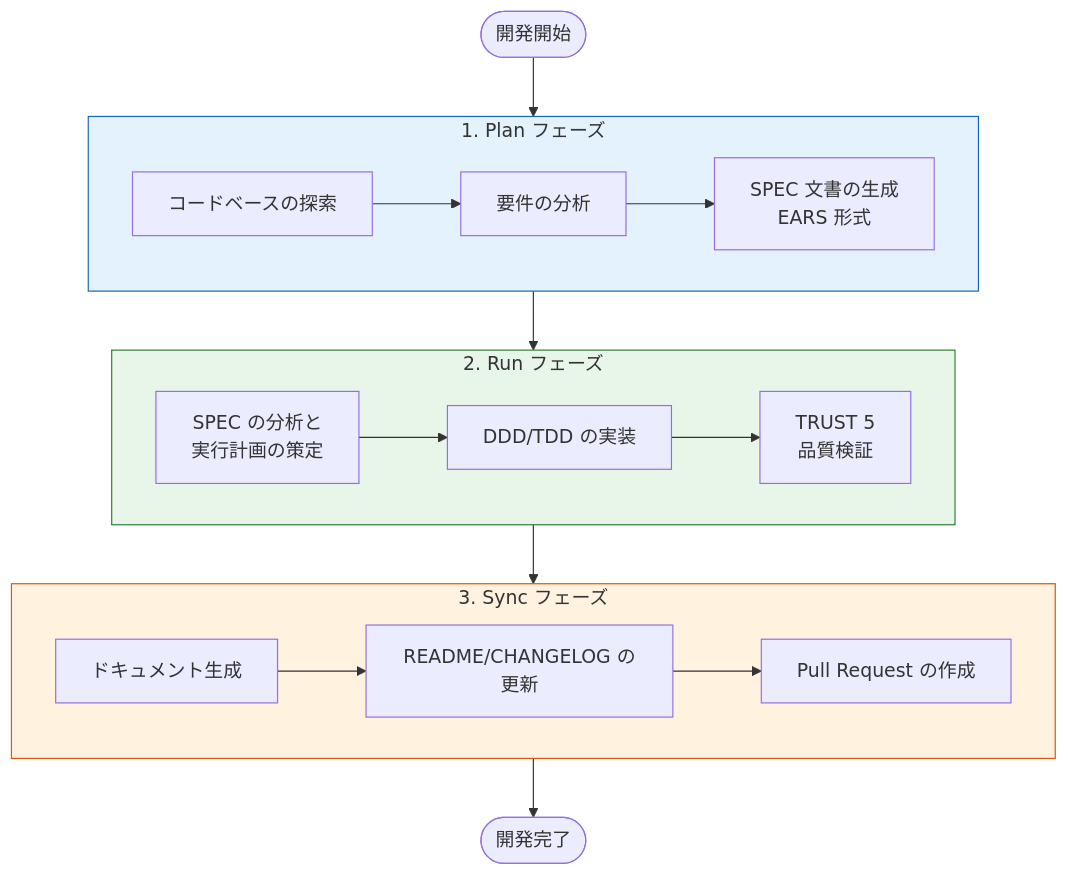
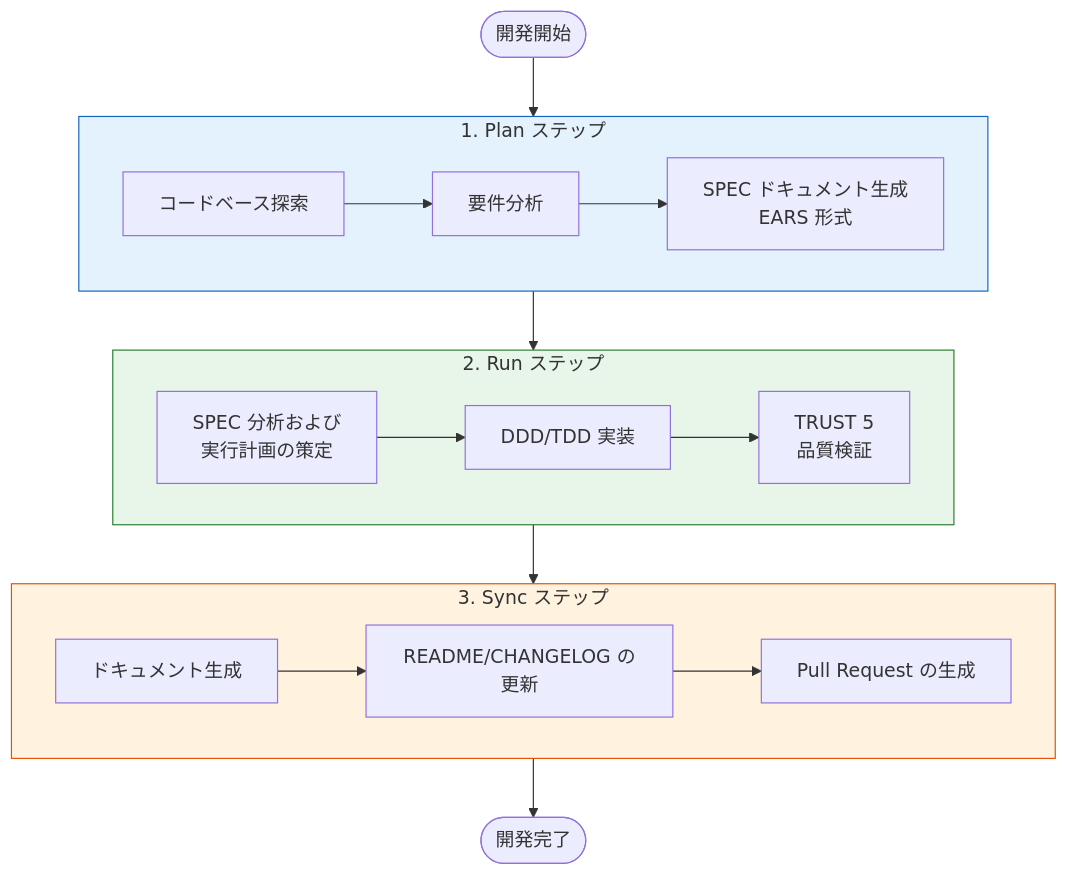
The fourth of 5 diagrams in docs-site/content/ja/core-concepts/what-is-moai-adk.md (modu-ai/moai-adk), drawn with Mermaid before and after one commit. The commit also changed other lines of this file and 180 other files, not shown here.

````diff
--- a/docs-site/content/ja/core-concepts/what-is-moai-adk.md
+++ b/docs-site/content/ja/core-concepts/what-is-moai-adk.md
@@ -332,29 +333,29 @@
 ```mermaid
 flowchart TD
     Start(["開発開始"]) --> Plan
 
-    subgraph Plan["1. Plan フェーズ"]
-        P1["コードベースの探索"] --> P2["要件の分析"]
-        P2 --> P3["SPEC 文書の生成\nEARS 形式"]
+    subgraph Plan["1. Plan ステップ"]
+        P1["コードベース探索"] --> P2["要件分析"]
+        P2 --> P3["SPEC ドキュメント生成\nEARS 形式"]
     end
 
     Plan --> Run
 
-    subgraph Run["2. Run フェーズ"]
-        R1["SPEC の分析と\n実行計画の策定"] --> R2["DDD/TDD の実装"]
+    subgraph Run["2. Run ステップ"]
+        R1["SPEC 分析および\n実行計画の策定"] --> R2["DDD/TDD 実装"]
         R2 --> R3["TRUST 5\n品質検証"]
     end
 
     Run --> Sync
 
-    subgraph Sync["3. Sync フェーズ"]
+    subgraph Sync["3. Sync ステップ"]
         S1["ドキュメント生成"] --> S2["README/CHANGELOG の更新"]
-        S2 --> S3["Pull Request の作成"]
+        S2 --> S3["Pull Request の生成"]
     end
 
     Sync --> Done(["開発完了"])
 
     style Plan fill:#E3F2FD,stroke:#1565C0
     style Run fill:#E8F5E9,stroke:#2E7D32
     style Sync fill:#FFF3E0,stroke:#E65100
 ```
````
